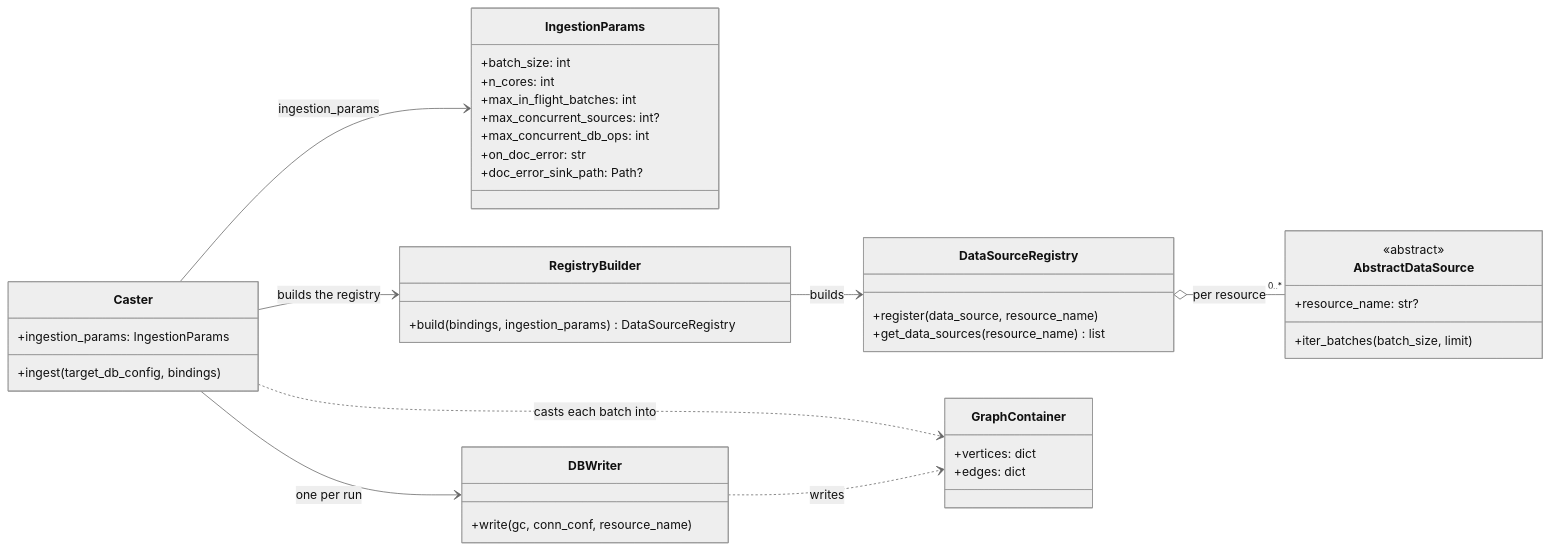
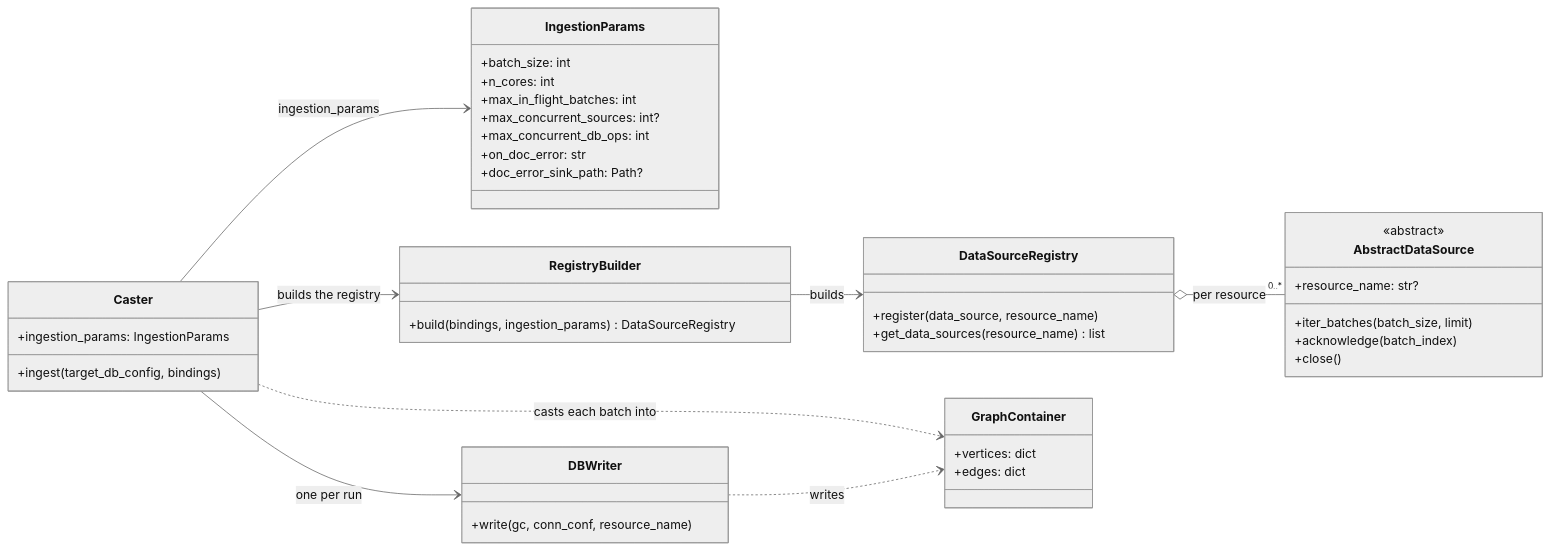
Before and after one commit to growgraph/graflo: the third of 3 diagrams in docs/concepts/architecture/diagrams.md, drawn with Mermaid (neutral theme). The commit also changed other lines of this file and 222 other files, not shown here.

````diff
--- a/docs/concepts/architecture/diagrams.md
+++ b/docs/concepts/architecture/diagrams.md
@@ -226,51 +229,53 @@
 ```mermaid
 classDiagram
     direction LR
 
     class Caster {
         +ingestion_params: IngestionParams
         +ingest(target_db_config, bindings)
     }
 
     class IngestionParams {
         +batch_size: int
         +n_cores: int
         +max_in_flight_batches: int
         +max_concurrent_sources: int?
         +max_concurrent_db_ops: int
         +on_doc_error: str
         +doc_error_sink_path: Path?
     }
 
     class RegistryBuilder {
         +build(bindings, ingestion_params) DataSourceRegistry
     }
 
     class DataSourceRegistry {
         +register(data_source, resource_name)
         +get_data_sources(resource_name) list
     }
 
     class AbstractDataSource {
         <<abstract>>
         +resource_name: str?
         +iter_batches(batch_size, limit)
+        +acknowledge(batch_index)
+        +close()
     }
 
     class GraphContainer {
         +vertices: dict
         +edges: dict
     }
 
     class DBWriter {
         +write(gc, conn_conf, resource_name)
     }
 
     Caster --> IngestionParams : ingestion_params
     Caster --> RegistryBuilder : builds the registry
     RegistryBuilder --> DataSourceRegistry : builds
     DataSourceRegistry o-- "0..*" AbstractDataSource : per resource
     Caster ..> GraphContainer : casts each batch into
     Caster --> DBWriter : one per run
     DBWriter ..> GraphContainer : writes
 ```
````
